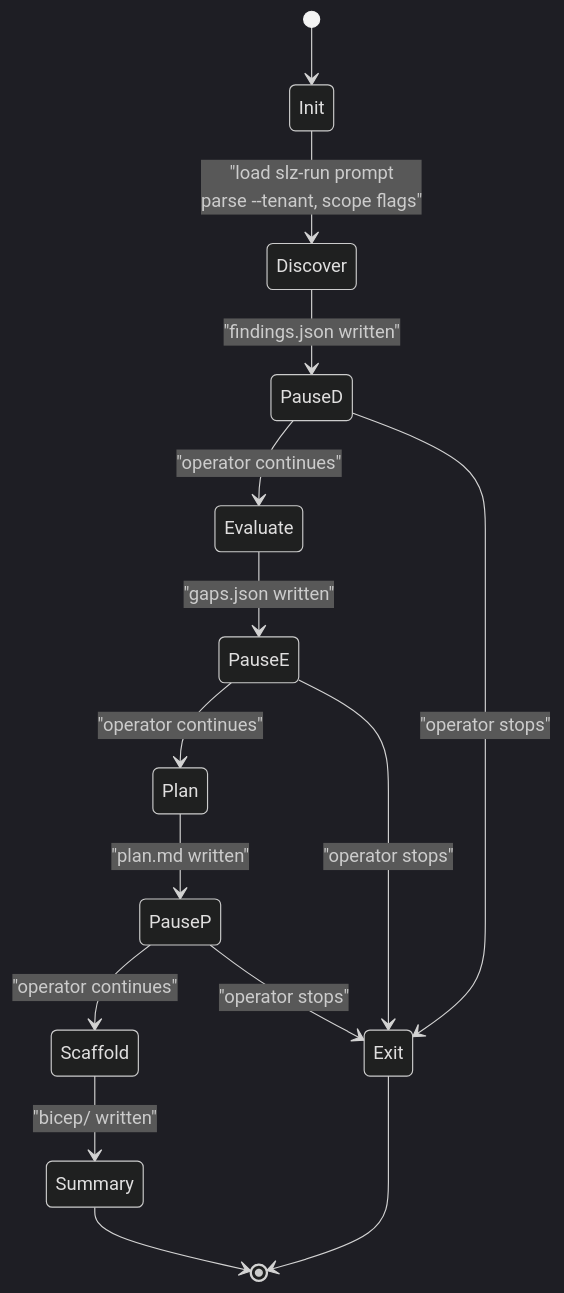
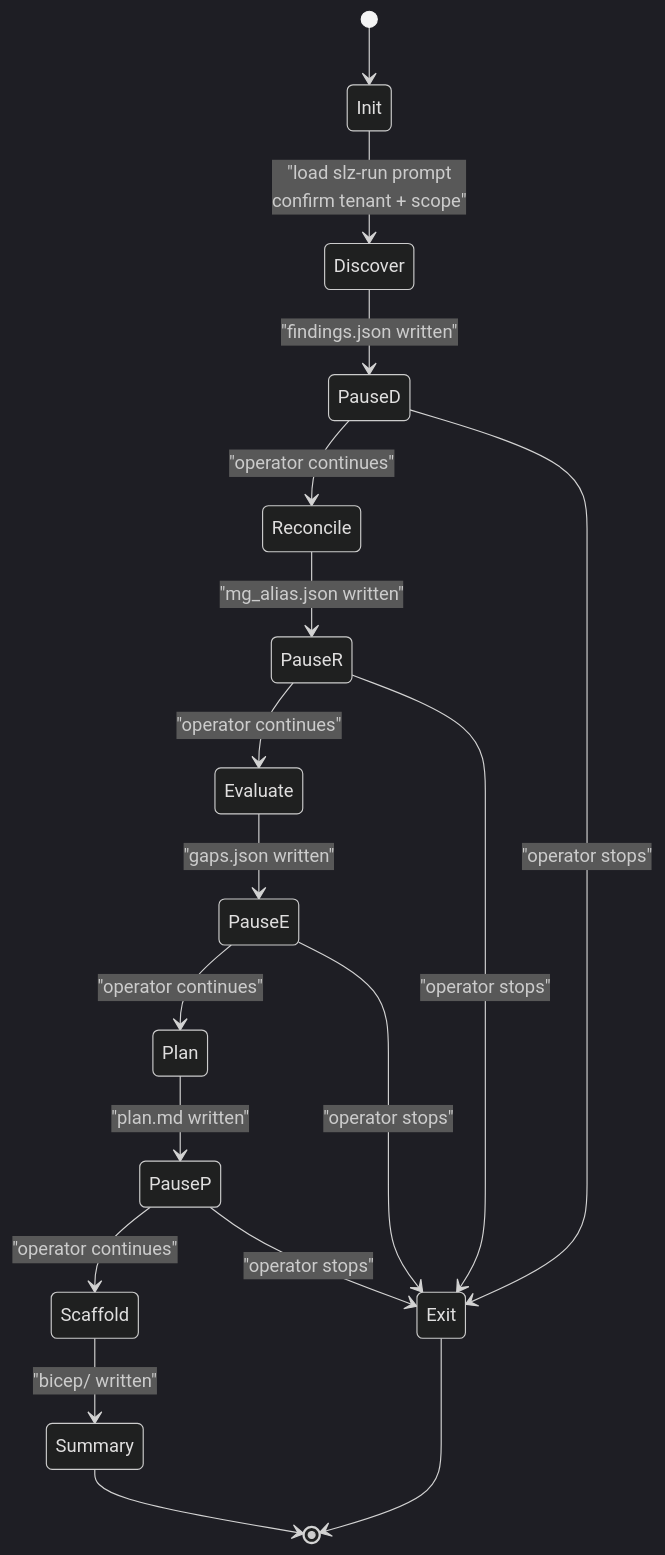
Before and after one commit to msucharda/slz-readiness: the first of 2 diagrams in wiki/docs/deep-dive/orchestration.md, drawn with Mermaid (dark theme). The commit also changed other lines of this file and 39 other files, not shown here.

````diff
--- a/wiki/docs/deep-dive/orchestration.md
+++ b/wiki/docs/deep-dive/orchestration.md
@@ -17,21 +17,25 @@
 ```mermaid
 stateDiagram-v2
     [*] --> Init
 
-    Init --> Discover : "load slz-run prompt<br>parse --tenant, scope flags"
+    Init --> Discover : "load slz-run prompt<br>confirm tenant + scope"
     Discover --> PauseD : "findings.json written"
-    PauseD --> Evaluate : "operator continues"
+    PauseD --> Reconcile : "operator continues"
     PauseD --> Exit : "operator stops"
+
+    Reconcile --> PauseR : "mg_alias.json written"
+    PauseR --> Evaluate : "operator continues"
+    PauseR --> Exit : "operator stops"
 
     Evaluate --> PauseE : "gaps.json written"
     PauseE --> Plan : "operator continues"
     PauseE --> Exit : "operator stops"
 
     Plan --> PauseP : "plan.md written"
     PauseP --> Scaffold : "operator continues"
     PauseP --> Exit : "operator stops"
 
     Scaffold --> Summary : "bicep/ written"
     Summary --> [*]
     Exit --> [*]
 ```
````
